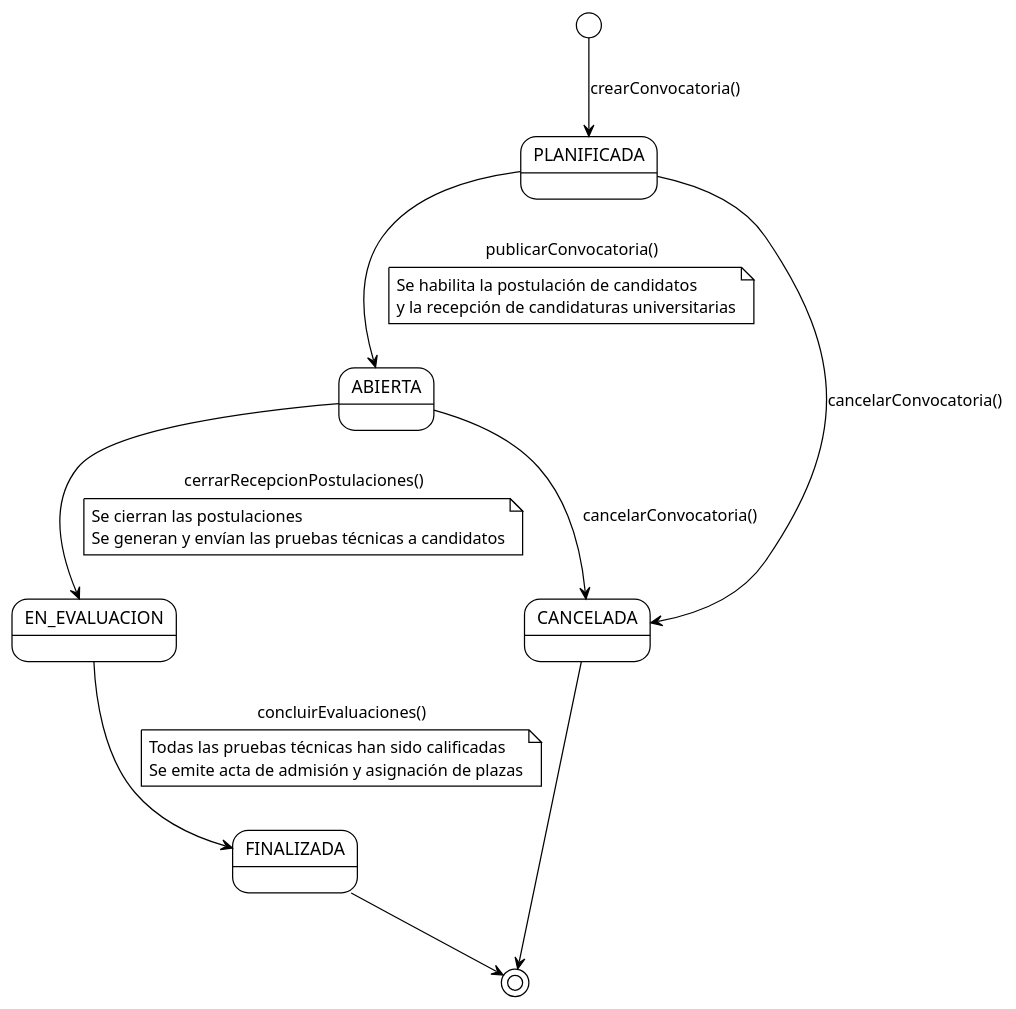
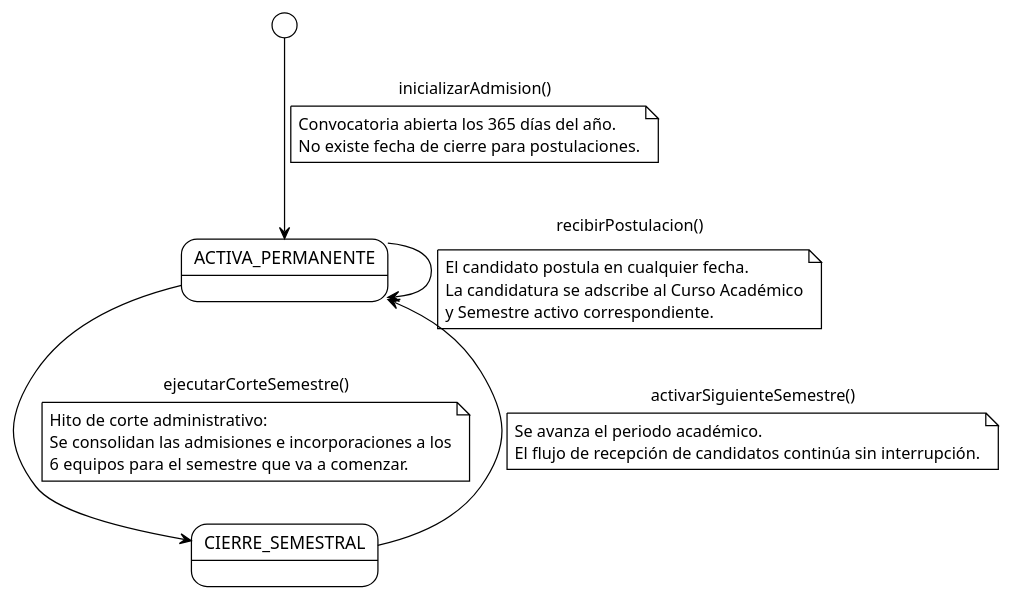
The diagram in RUP/00-modelo-del-dominio/estados-entidades/convocatoria-estados.puml (TheMoys/CTS-Academy), drawn with PlantUML before and after one commit. The commit also changed 11 other files, not shown here.

Commit message:
feat(dominio): soportar admision continua (CursoAcademico, Semestre), bateria de 3 tests diagnósticos, entidad Entrevista y ADR-007

```diff
--- a/RUP/00-modelo-del-dominio/estados-entidades/convocatoria-estados.puml
+++ b/RUP/00-modelo-del-dominio/estados-entidades/convocatoria-estados.puml
@@ -1,37 +1,36 @@
 @startuml convocatoria-estados
 
 !theme plain
 skinparam state {
   BackgroundColor White
   BorderColor Black
   ArrowColor Black
 }
 
-[*] --> PLANIFICADA : crearConvocatoria()
-
-PLANIFICADA --> ABIERTA : publicarConvocatoria()
+[*] --> ACTIVA_PERMANENTE : inicializarAdmision()
 note on link
-  Se habilita la postulación de candidatos
-  y la recepción de candidaturas universitarias
+  Convocatoria abierta los 365 días del año.
+  No existe fecha de cierre para postulaciones.
 end note
 
-PLANIFICADA --> CANCELADA : cancelarConvocatoria()
-
-ABIERTA --> EN_EVALUACION : cerrarRecepcionPostulaciones()
+ACTIVA_PERMANENTE --> ACTIVA_PERMANENTE : recibirPostulacion()
 note on link
-  Se cierran las postulaciones
-  Se generan y envían las pruebas técnicas a candidatos
+  El candidato postula en cualquier fecha.
+  La candidatura se adscribe al Curso Académico
+  y Semestre activo correspondiente.
 end note
 
-ABIERTA --> CANCELADA : cancelarConvocatoria()
-
-EN_EVALUACION --> FINALIZADA : concluirEvaluaciones()
+ACTIVA_PERMANENTE --> CIERRE_SEMESTRAL : ejecutarCorteSemestre()
 note on link
-  Todas las pruebas técnicas han sido calificadas
-  Se emite acta de admisión y asignación de plazas
+  Hito de corte administrativo:
+  Se consolidan las admisiones e incorporaciones a los
+  6 equipos para el semestre que va a comenzar.
 end note
 
-FINALIZADA --> [*]
-CANCELADA --> [*]
+CIERRE_SEMESTRAL --> ACTIVA_PERMANENTE : activarSiguienteSemestre()
+note on link
+  Se avanza el periodo académico.
+  El flujo de recepción de candidatos continúa sin interrupción.
+end note
 
 @enduml
```
